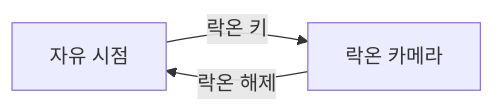
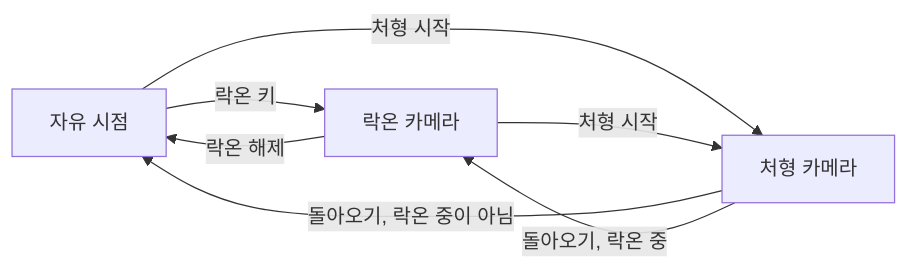
Before and after one commit to Woogl/Ag: the diagram in Docs/Design/System/카메라와 타겟팅.md, drawn with Mermaid. The commit also changed other lines of this file and 12 other files, not shown here.

````diff
--- a/Docs/Design/System/카메라와 타겟팅.md
+++ b/Docs/Design/System/카메라와 타겟팅.md
@@ -22,5 +23,9 @@
 ```mermaid
 flowchart LR
     free["자유 시점"] -->|락온 키| lock["락온 카메라"]
     lock -->|락온 해제| free
+    free -->|처형 시작| exec["처형 카메라"]
+    lock -->|처형 시작| exec
+    exec -->|돌아오기, 락온 중이 아님| free
+    exec -->|돌아오기, 락온 중| lock
 ```
````
